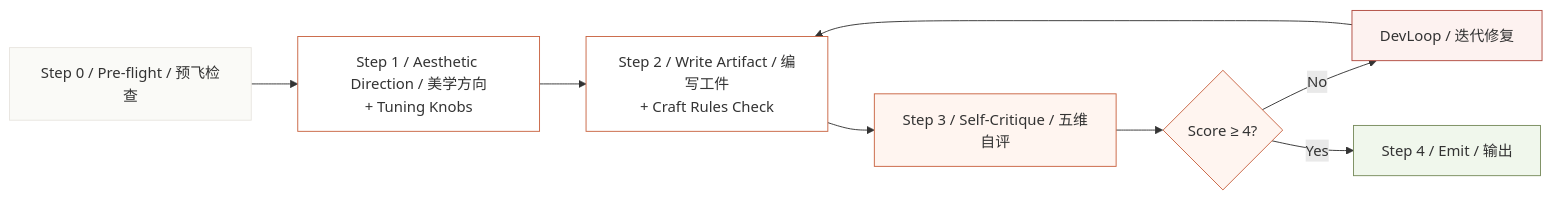
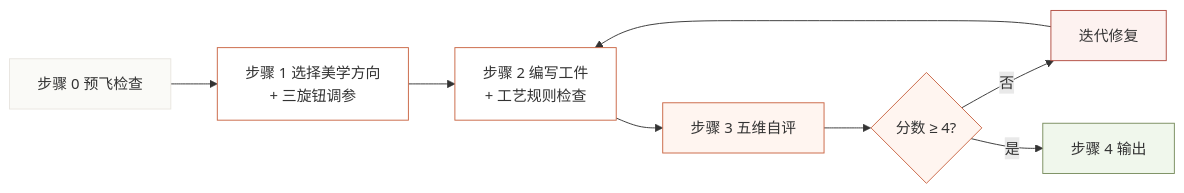
Before and after one commit to YardonYan/html-skill-effectiveness: the second of 4 diagrams in README.md, drawn with Mermaid. The commit also changed other lines of this file and 3 other files, not shown here.

````diff
--- a/README.md
+++ b/README.md
@@ -113,18 +110,18 @@
 ```mermaid
 flowchart LR
-    S0[Step 0 / Pre-flight / 预飞检查] --> S1
-    S1[Step 1 / Aesthetic Direction / 美学方向<br/>+ Tuning Knobs] --> S2
-    S2[Step 2 / Write Artifact / 编写工件<br/>+ Craft Rules Check] --> S3
-    S3[Step 3 / Self-Critique / 五维自评] --> S4{Score ≥ 4?}
-    S4 -->|No| S5[DevLoop / 迭代修复]
+    S0[步骤 0 预飞检查] --> S1
+    S1[步骤 1 选择美学方向<br/>+ 三旋钮调参] --> S2
+    S2[步骤 2 编写工件<br/>+ 工艺规则检查] --> S3
+    S3[步骤 3 五维自评] --> S4{分数 ≥ 4?}
+    S4 -->|否| S5[迭代修复]
     S5 --> S2
-    S4 -->|Yes| S6[Step 4 / Emit / 输出]
+    S4 -->|是| S6[步骤 4 输出]
 
     style S0 fill:#fafaf7,stroke:#e8e5df
     style S1 fill:#ffffff,stroke:#c96442
     style S2 fill:#ffffff,stroke:#c96442
     style S3 fill:#fff5f0,stroke:#c96442
     style S4 fill:#fff5f0,stroke:#c96442
     style S5 fill:#fdf2f0,stroke:#b04a3f
     style S6 fill:#f0f7ec,stroke:#788c5d
 ```
````
